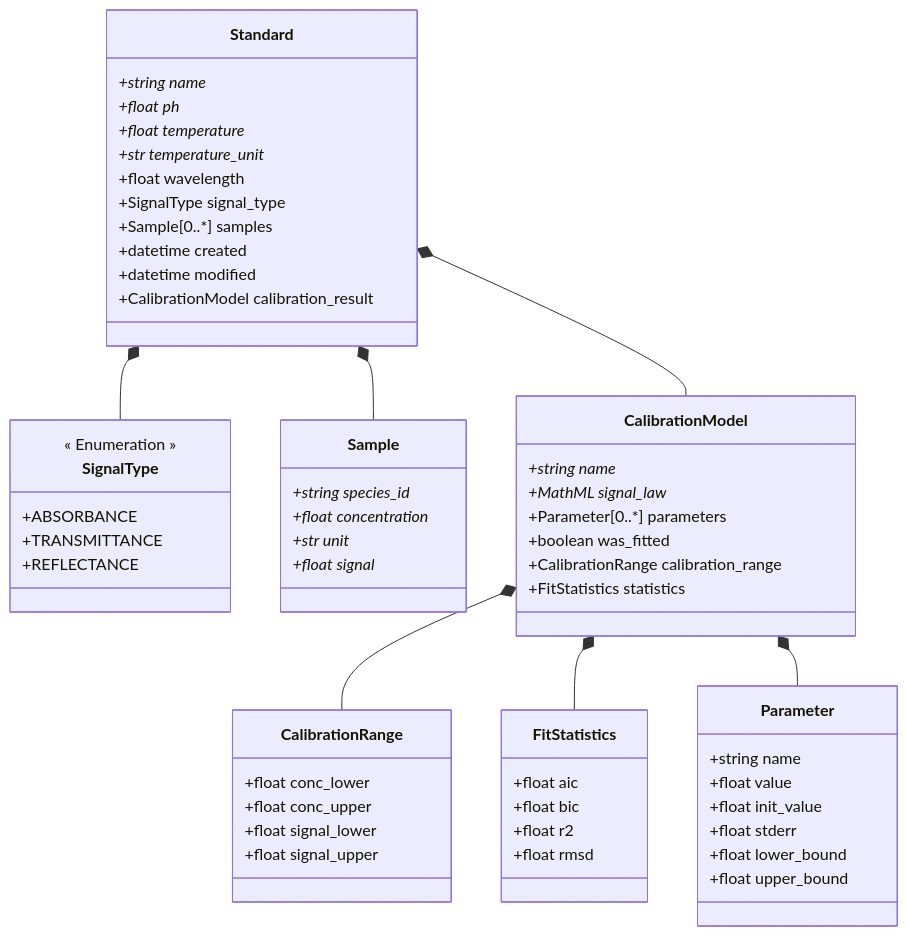
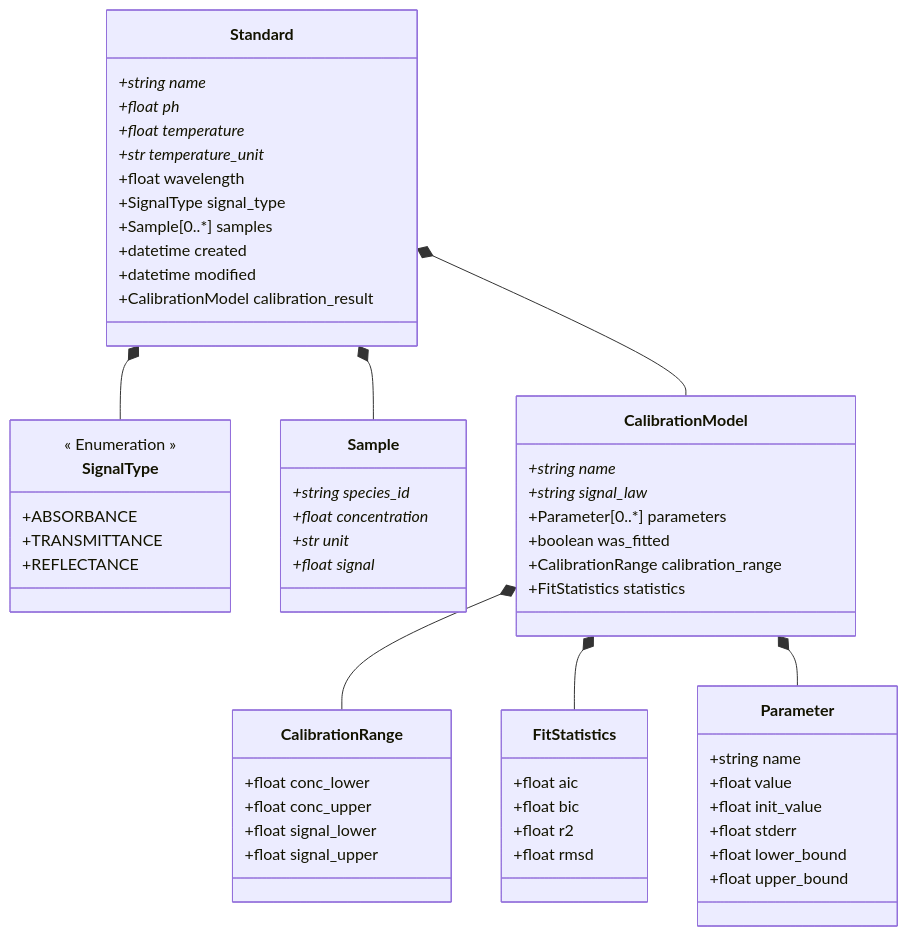
The diagram in CaliPytion/schemes/calipytion_schema.md (FAIRChemistry/datamodel_calibration), drawn with Mermaid before and after one commit. The commit also changed 9 other files, not shown here.

````diff
--- a/CaliPytion/schemes/calipytion_schema.md
+++ b/CaliPytion/schemes/calipytion_schema.md
@@ -1,69 +1,69 @@
 ```mermaid
 classDiagram
     Standard *-- SignalType
     Standard *-- Sample
     Standard *-- CalibrationModel
     CalibrationModel *-- CalibrationRange
     CalibrationModel *-- FitStatistics
     CalibrationModel *-- Parameter
     
     class Standard {
         +string name*
         +float ph*
         +float temperature*
         +str temperature_unit*
         +float wavelength
         +SignalType signal_type
         +Sample[0..*] samples
         +datetime created
         +datetime modified
         +CalibrationModel calibration_result
     }
     
     class Sample {
         +string species_id*
         +float concentration*
         +str unit*
         +float signal*
     }
     
     class CalibrationModel {
         +string name*
-        +MathML signal_law*
+        +string signal_law*
         +Parameter[0..*] parameters
         +boolean was_fitted
         +CalibrationRange calibration_range
         +FitStatistics statistics
     }
     
     class CalibrationRange {
         +float conc_lower
         +float conc_upper
         +float signal_lower
         +float signal_upper
     }
     
     class FitStatistics {
         +float aic
         +float bic
         +float r2
         +float rmsd
     }
     
     class Parameter {
         +string name
         +float value
         +float init_value
         +float stderr
         +float lower_bound
         +float upper_bound
     }
     
     class SignalType {
         << Enumeration >>
         +ABSORBANCE
         +TRANSMITTANCE
         +REFLECTANCE
     }
     
 ```
````
